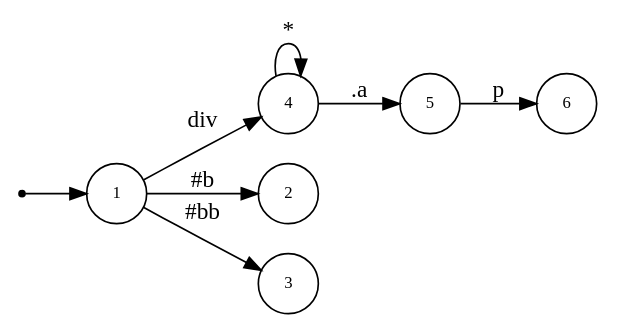
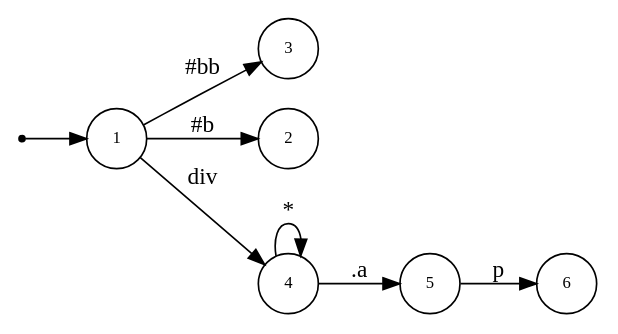
The diagram in css-gen-op/testcase/dot_tri.dot (asukaminato0721/css-bitvector-compiler), drawn with Graphviz before and after one commit. The commit also changed other lines of this file and 16 other files, not shown here.

```diff
--- a/css-gen-op/testcase/dot_tri.dot
+++ b/css-gen-op/testcase/dot_tri.dot
@@ -1,19 +1,19 @@
 digraph NFA {
   rankdir=LR;
   node [shape=circle, fontsize=10];
   __start [shape=point, label=""];
   __start -> 1;
+  3 [label="3"];
+  6 [label="6"];
+  2 [label="2"];
+  1 [label="1"];
   5 [label="5"];
   4 [label="4"];
-  6 [label="6"];
-  1 [label="1"];
-  2 [label="2"];
-  3 [label="3"];
   { node [shape=doublecircle]; 2 3 6 }
   1 -> 2 [label="#b"];
   1 -> 3 [label="#bb"];
   1 -> 4 [label="div"];
   4 -> 4 [label="*"];
   4 -> 5 [label=".a"];
   5 -> 6 [label="p"];
 }
```
